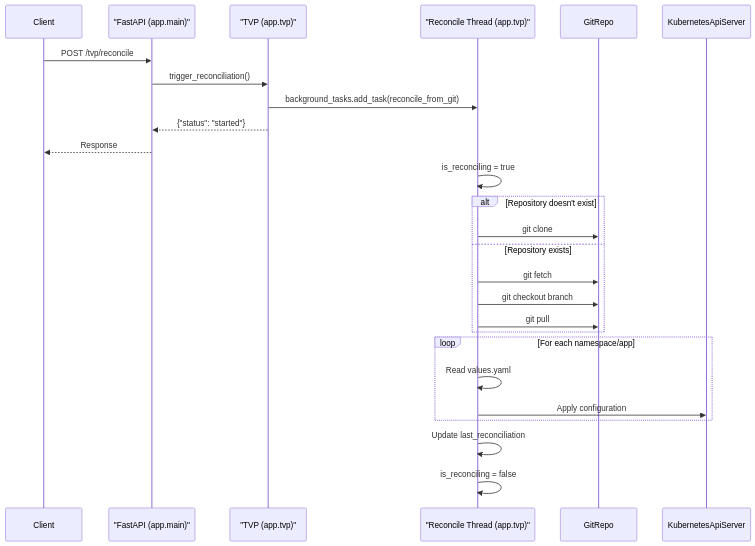
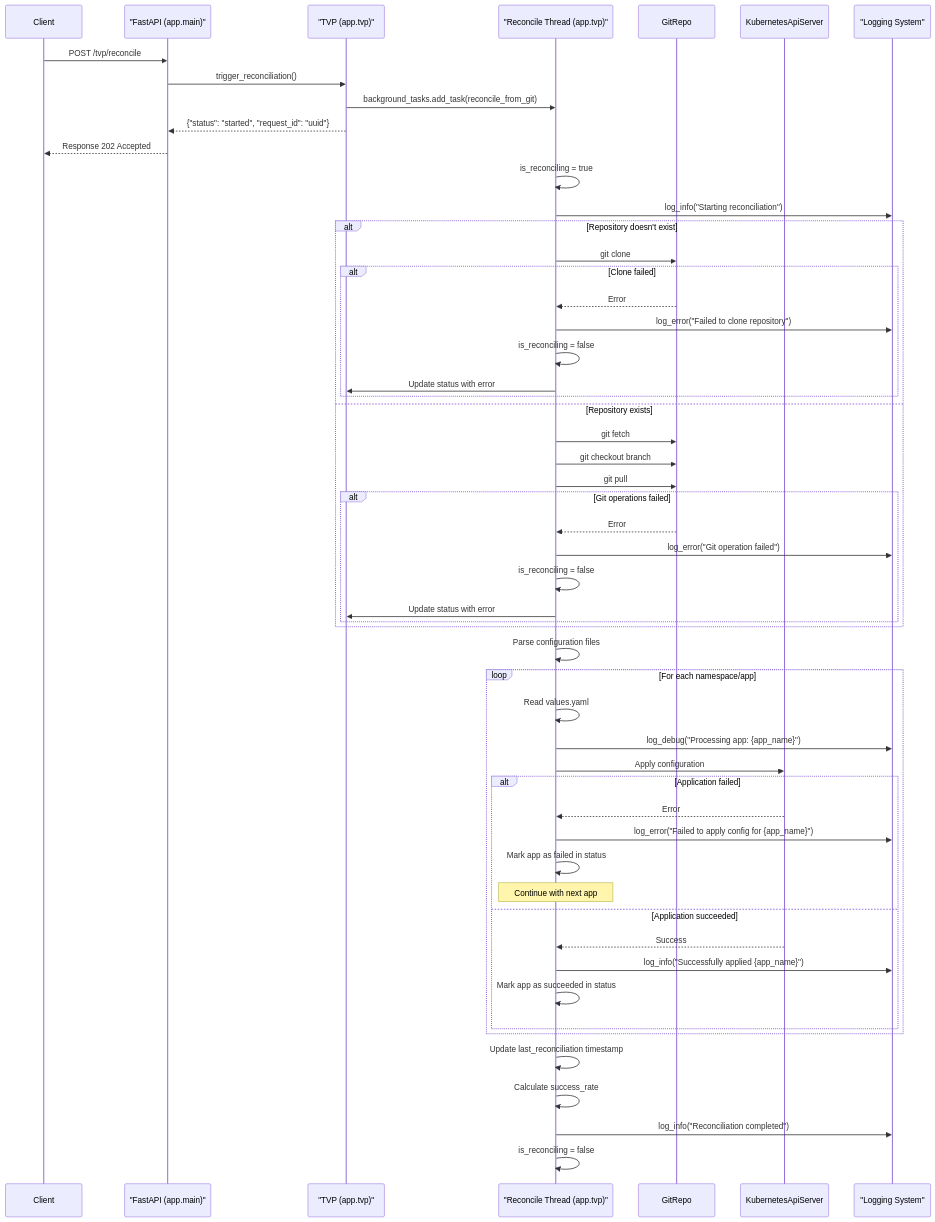
One commit to lloydchang/tvp-k8s changed the third of 11 diagrams in README.md. Above: the diagram before and after it, drawn with Mermaid. The commit also changed other lines of this file and 4 other files, not shown here.

````diff
--- a/README.md
+++ b/README.md
@@ -401,33 +401,62 @@
 ```mermaid
 sequenceDiagram
     participant Client
     participant FastAPI as "FastAPI (app.main)"
     participant TVP as "TVP (app.tvp)"
     participant ReconcileThread as "Reconcile Thread (app.tvp)"
     participant GitRepo
     participant KubernetesApiServer
+    participant Logger as "Logging System"
     
     Client->>FastAPI: POST /tvp/reconcile
     FastAPI->>TVP: trigger_reconciliation()
     TVP->>ReconcileThread: background_tasks.add_task(reconcile_from_git)
-    TVP-->>FastAPI: {"status": "started"}
-    FastAPI-->>Client: Response
+    TVP-->>FastAPI: {"status": "started", "request_id": "uuid"}
+    FastAPI-->>Client: Response 202 Accepted
     
     ReconcileThread->>ReconcileThread: is_reconciling = true
+    ReconcileThread->>Logger: log_info("Starting reconciliation")
     
     alt Repository doesn't exist
         ReconcileThread->>GitRepo: git clone
+        alt Clone failed
+            GitRepo-->>ReconcileThread: Error
+            ReconcileThread->>Logger: log_error("Failed to clone repository")
+            ReconcileThread->>ReconcileThread: is_reconciling = false
+            ReconcileThread->>TVP: Update status with error
+        end
     else Repository exists
         ReconcileThread->>GitRepo: git fetch
         ReconcileThread->>GitRepo: git checkout branch
         ReconcileThread->>GitRepo: git pull
+        alt Git operations failed
+            GitRepo-->>ReconcileThread: Error
+            ReconcileThread->>Logger: log_error("Git operation failed")
+            ReconcileThread->>ReconcileThread: is_reconciling = false
+            ReconcileThread->>TVP: Update status with error
+        end
     end
+    
+    ReconcileThread->>ReconcileThread: Parse configuration files
     
     loop For each namespace/app
         ReconcileThread->>ReconcileThread: Read values.yaml
+        ReconcileThread->>Logger: log_debug("Processing app: {app_name}")
         ReconcileThread->>KubernetesApiServer: Apply configuration
+        alt Application failed
+            KubernetesApiServer-->>ReconcileThread: Error
+            ReconcileThread->>Logger: log_error("Failed to apply config for {app_name}")
+            ReconcileThread->>ReconcileThread: Mark app as failed in status
+            note over ReconcileThread: Continue with next app
+        else Application succeeded
+            KubernetesApiServer-->>ReconcileThread: Success
+            ReconcileThread->>Logger: log_info("Successfully applied {app_name}")
+            ReconcileThread->>ReconcileThread: Mark app as succeeded in status
+        end
     end
     
-    ReconcileThread->>ReconcileThread: Update last_reconciliation
+    ReconcileThread->>ReconcileThread: Update last_reconciliation timestamp
+    ReconcileThread->>ReconcileThread: Calculate success_rate
+    ReconcileThread->>Logger: log_info("Reconciliation completed")
     ReconcileThread->>ReconcileThread: is_reconciling = false
 ```
````
